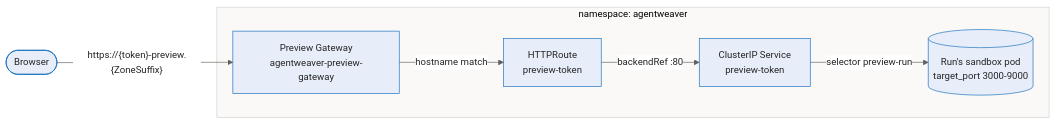
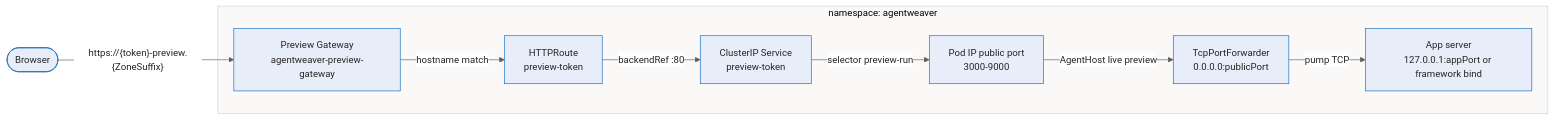
The first of 2 diagrams in docs/deep-dive/sandbox-browser-preview.md (sabbour/agentweaver), drawn with Mermaid before and after one commit. The commit also changed other lines of this file and 20 other files, not shown here.

````diff
--- a/docs/deep-dive/sandbox-browser-preview.md
+++ b/docs/deep-dive/sandbox-browser-preview.md
@@ -23,14 +23,18 @@
 ```mermaid
 %%{init: {'theme':'base','themeVariables':{'fontFamily':'Segoe UI, system-ui, -apple-system, sans-serif','fontSize':'15px','primaryColor':'#E8EEF9','primaryBorderColor':'#0F6CBD','primaryTextColor':'#242424','lineColor':'#605E5C','clusterBkg':'#FAF9F8','clusterBorder':'#D2D0CE','edgeLabelBackground':'#FFFFFF'}}}%%
 flowchart LR
     User([Browser]) -->|"https://{token}-preview.{ZoneSuffix}"| GW[Preview Gateway<br/>agentweaver-preview-gateway]
     GW -->|hostname match| Route[HTTPRoute<br/>preview-token]
     Route -->|backendRef :80| Svc[ClusterIP Service<br/>preview-token]
-    Svc -->|selector preview-run| Pod[(Run's sandbox pod<br/>target_port 3000-9000)]
+    Svc -->|selector preview-run| Pub[Pod IP public port<br/>3000-9000]
+    Pub -->|AgentHost live preview| Fwd[TcpPortForwarder<br/>0.0.0.0:publicPort]
+    Fwd -->|pump TCP| App[App server<br/>127.0.0.1:appPort or framework bind]
     subgraph cluster["namespace: agentweaver"]
         GW
         Route
         Svc
-        Pod
+        Pub
+        Fwd
+        App
     end
 ```
````
